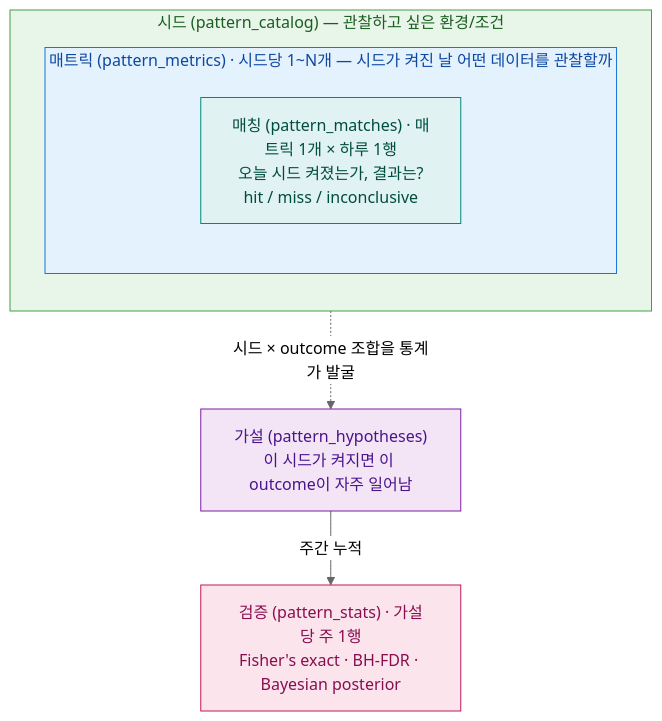
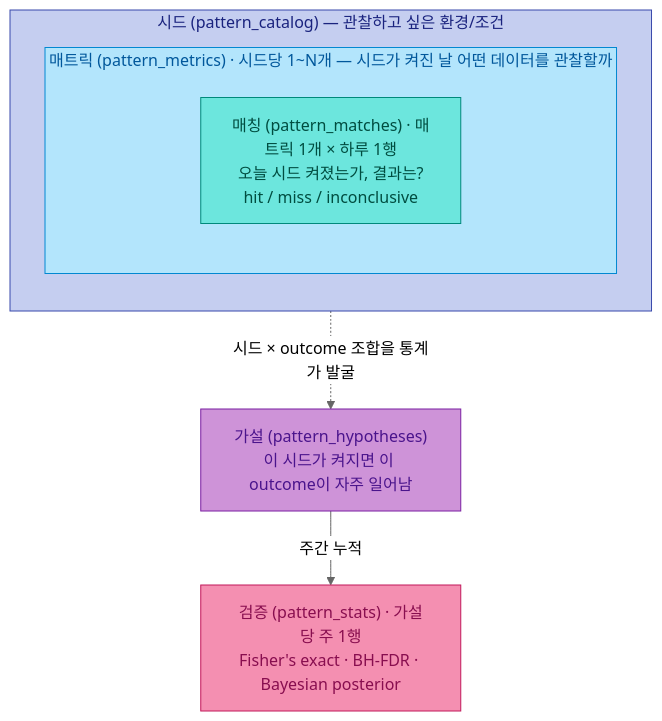
The second of 9 diagrams in docs/explainers/insight-v2.md (hyewon3938/slack-ai-agents), drawn with Mermaid (neutral theme) before and after one commit. The commit also changed other lines of this file, not shown here.

````diff
--- a/docs/explainers/insight-v2.md
+++ b/docs/explainers/insight-v2.md
@@ -126,27 +127,27 @@
 ```mermaid
 flowchart TB
   subgraph SEED["시드 (pattern_catalog) — 관찰하고 싶은 환경/조건"]
     direction TB
     subgraph METRIC["매트릭 (pattern_metrics) · 시드당 1~N개 — 시드가 켜진 날 어떤 데이터를 관찰할까"]
       direction TB
       MATCH["매칭 (pattern_matches) · 매트릭 1개 × 하루 1행<br/>오늘 시드 켜졌는가, 결과는?<br/>hit / miss / inconclusive"]
     end
   end
 
   HYP["가설 (pattern_hypotheses)<br/>이 시드가 켜지면 이 outcome이 자주 일어남"]
   VER["검증 (pattern_stats) · 가설당 주 1행<br/>Fisher's exact · BH-FDR · Bayesian posterior"]
 
   SEED -. 시드 × outcome 조합을 통계가 발굴 .-> HYP
   HYP -- 주간 누적 --> VER
 
-  classDef seedBox fill:#e8f5e9,stroke:#43a047,color:#1b5e20
-  classDef metricBox fill:#e3f2fd,stroke:#1976d2,color:#0d47a1
-  classDef matchNode fill:#e0f2f1,stroke:#00897b,color:#004d40
-  classDef hypothesisNode fill:#f3e5f5,stroke:#7b1fa2,color:#4a148c
-  classDef verifyNode fill:#fce4ec,stroke:#c2185b,color:#880e4f
+  classDef seedBox fill:#C5CEF0,stroke:#3949ab,color:#1a237e
+  classDef metricBox fill:#B3E5FC,stroke:#0288d1,color:#01579b
+  classDef matchNode fill:#6CE6DD,stroke:#00897b,color:#004d40
+  classDef hypothesisNode fill:#CE93D8,stroke:#7b1fa2,color:#4a148c
+  classDef verifyNode fill:#F48FB1,stroke:#c2185b,color:#880e4f
   class SEED seedBox
   class METRIC metricBox
   class MATCH matchNode
   class HYP hypothesisNode
   class VER verifyNode
 ```
````
